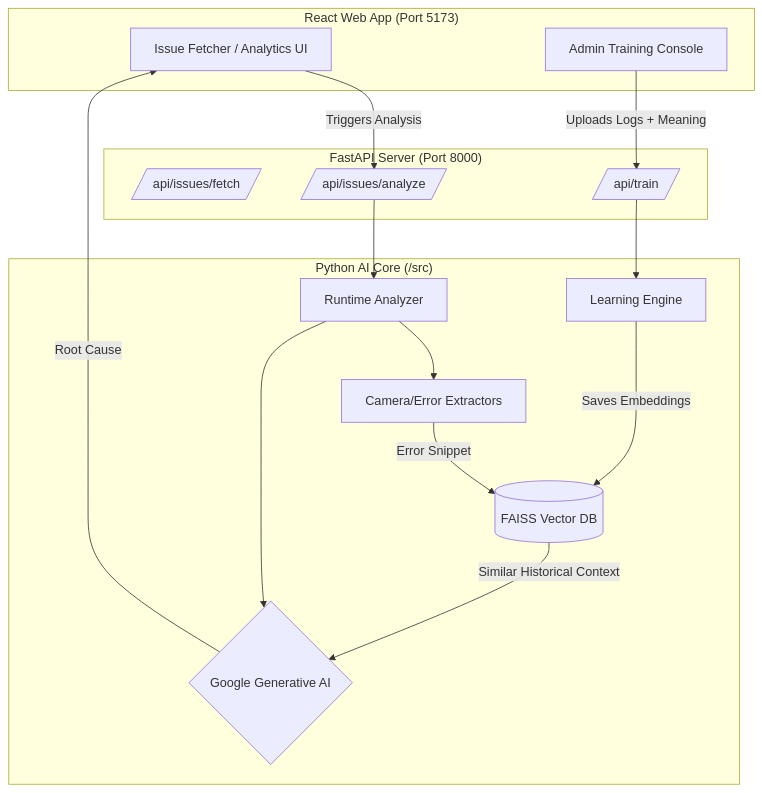
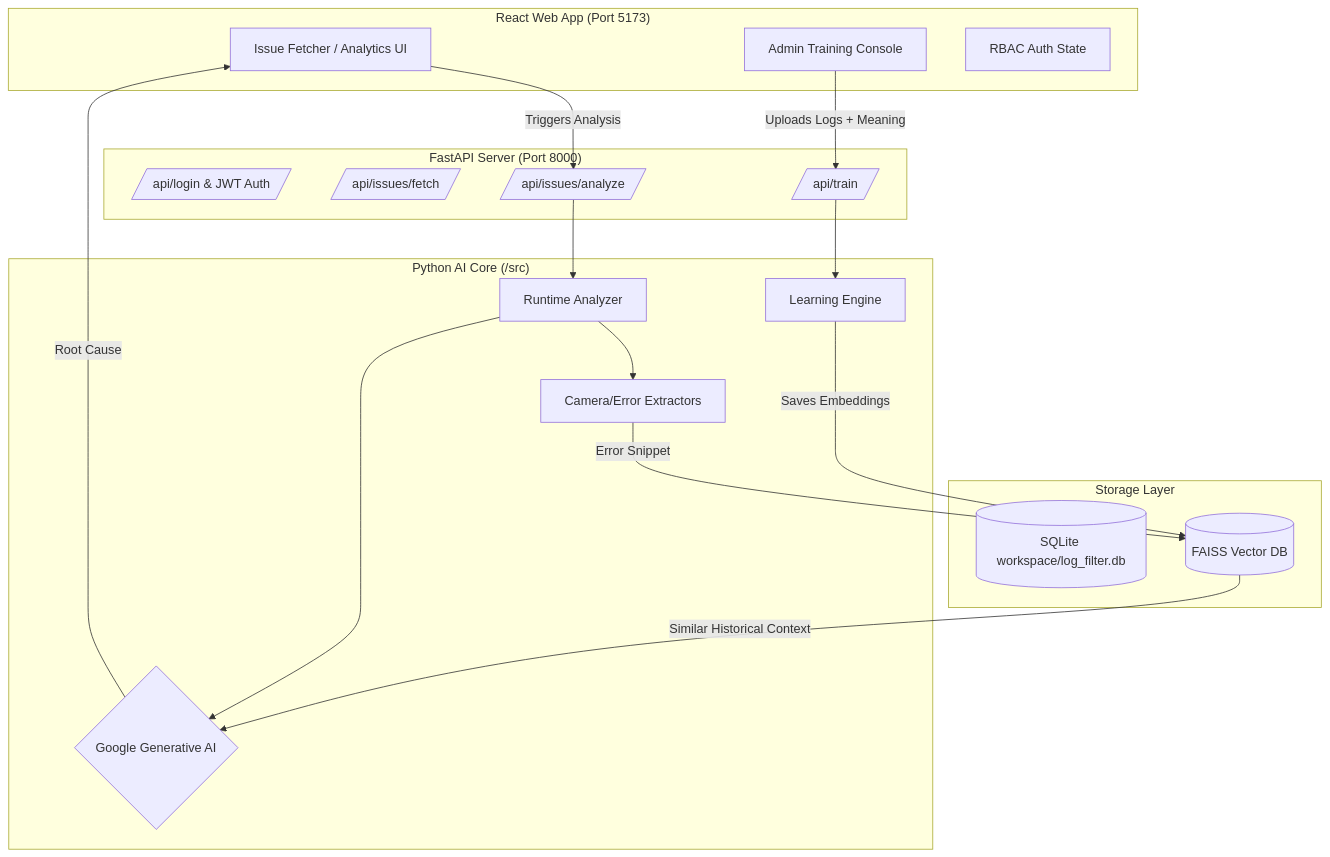
One commit to sanjaykrkundu/log-filter-ai changed the diagram in AI_HANDOFF.md. Above: the diagram before and after it, drawn with Mermaid. The commit also changed other lines of this file, not shown here.

Commit message:
docs: Update AI Handoff document with latest architecture and features

````diff
--- a/AI_HANDOFF.md
+++ b/AI_HANDOFF.md
@@ -24,37 +24,44 @@
 ```mermaid
 graph TD
     %% Frontend
     subgraph Frontend["React Web App (Port 5173)"]
         UI_Dashboard[Issue Fetcher / Analytics UI]
         UI_Train[Admin Training Console]
+        UI_Auth[RBAC Auth State]
     end
 
     %% Backend API
     subgraph BackendAPI["FastAPI Server (Port 8000)"]
+        API_Auth[/api/login & JWT Auth/]
         API_Fetch[/api/issues/fetch/]
         API_Analyze[/api/issues/analyze/]
         API_Train[/api/train/]
+    end
+
+    %% Storage
+    subgraph Storage["Storage Layer"]
+        SQLite[(SQLite workspace/log_filter.db)]
+        VectorDB[(FAISS Vector DB)]
     end
 
     %% AI Engine Core
     subgraph AIEngine["Python AI Core (/src)"]
         Analyzer[Runtime Analyzer]
         Trainer[Learning Engine]
         Extractor[Camera/Error Extractors]
-        VectorDB[(FAISS Vector DB)]
         LLM{Google Generative AI}
     end
 
     %% Data Flow
     UI_Dashboard -->|Triggers Analysis| API_Analyze
     API_Analyze --> Analyzer
     Analyzer --> Extractor
     Extractor -->|Error Snippet| VectorDB
     VectorDB -->|Similar Historical Context| LLM
     Analyzer --> LLM
     LLM -->|Root Cause| UI_Dashboard
 
     UI_Train -->|Uploads Logs + Meaning| API_Train
     API_Train --> Trainer
     Trainer -->|Saves Embeddings| VectorDB
 ```
````
